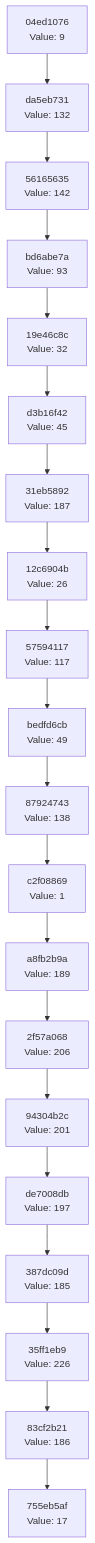
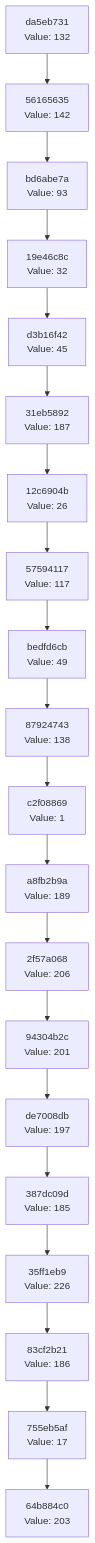
One commit to Abhisheksinha1506/hash-chain-evolver changed the diagram in docs/CHAIN_VISUALIZATION.md. Above: the diagram before and after it, drawn with Mermaid. The commit also changed 3 other files, not shown here.

````diff
--- a/docs/CHAIN_VISUALIZATION.md
+++ b/docs/CHAIN_VISUALIZATION.md
@@ -3,42 +3,42 @@
 ```mermaid
 graph TD
-    C0["755eb5af<br/>Value: 17"]
-    C1["83cf2b21<br/>Value: 186"]
+    C0["64b884c0<br/>Value: 203"]
+    C1["755eb5af<br/>Value: 17"]
     C1 --> C0
-    C2["35ff1eb9<br/>Value: 226"]
+    C2["83cf2b21<br/>Value: 186"]
     C2 --> C1
-    C3["387dc09d<br/>Value: 185"]
+    C3["35ff1eb9<br/>Value: 226"]
     C3 --> C2
-    C4["de7008db<br/>Value: 197"]
+    C4["387dc09d<br/>Value: 185"]
     C4 --> C3
-    C5["94304b2c<br/>Value: 201"]
+    C5["de7008db<br/>Value: 197"]
     C5 --> C4
-    C6["2f57a068<br/>Value: 206"]
+    C6["94304b2c<br/>Value: 201"]
     C6 --> C5
-    C7["a8fb2b9a<br/>Value: 189"]
+    C7["2f57a068<br/>Value: 206"]
     C7 --> C6
-    C8["c2f08869<br/>Value: 1"]
+    C8["a8fb2b9a<br/>Value: 189"]
     C8 --> C7
-    C9["87924743<br/>Value: 138"]
+    C9["c2f08869<br/>Value: 1"]
     C9 --> C8
-    C10["bedfd6cb<br/>Value: 49"]
+    C10["87924743<br/>Value: 138"]
     C10 --> C9
-    C11["57594117<br/>Value: 117"]
+    C11["bedfd6cb<br/>Value: 49"]
     C11 --> C10
-    C12["12c6904b<br/>Value: 26"]
+    C12["57594117<br/>Value: 117"]
     C12 --> C11
-    C13["31eb5892<br/>Value: 187"]
+    C13["12c6904b<br/>Value: 26"]
     C13 --> C12
-    C14["d3b16f42<br/>Value: 45"]
+    C14["31eb5892<br/>Value: 187"]
     C14 --> C13
-    C15["19e46c8c<br/>Value: 32"]
+    C15["d3b16f42<br/>Value: 45"]
     C15 --> C14
-    C16["bd6abe7a<br/>Value: 93"]
+    C16["19e46c8c<br/>Value: 32"]
     C16 --> C15
-    C17["56165635<br/>Value: 142"]
+    C17["bd6abe7a<br/>Value: 93"]
     C17 --> C16
-    C18["da5eb731<br/>Value: 132"]
+    C18["56165635<br/>Value: 142"]
     C18 --> C17
-    C19["04ed1076<br/>Value: 9"]
+    C19["da5eb731<br/>Value: 132"]
     C19 --> C18
 ```
````
